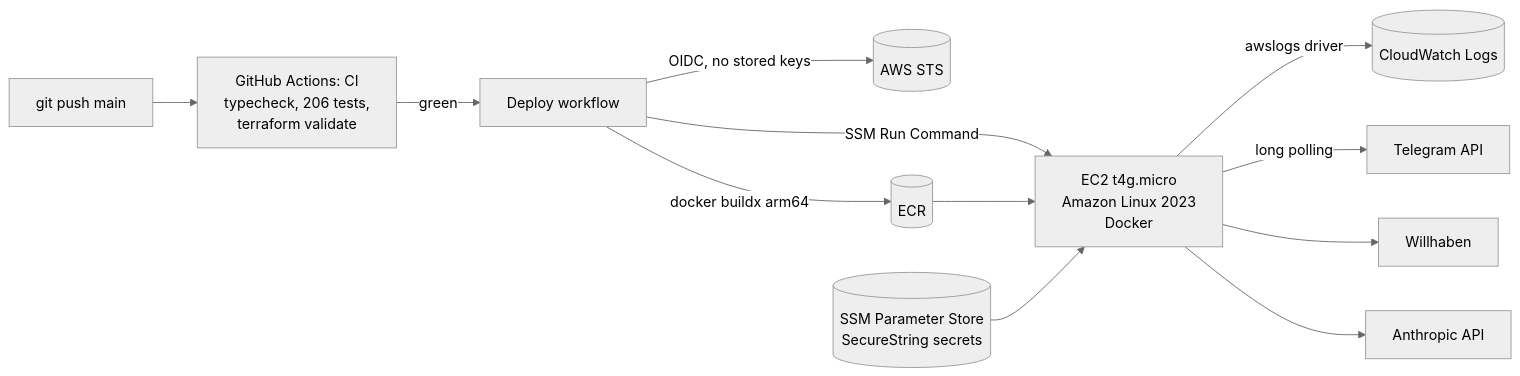
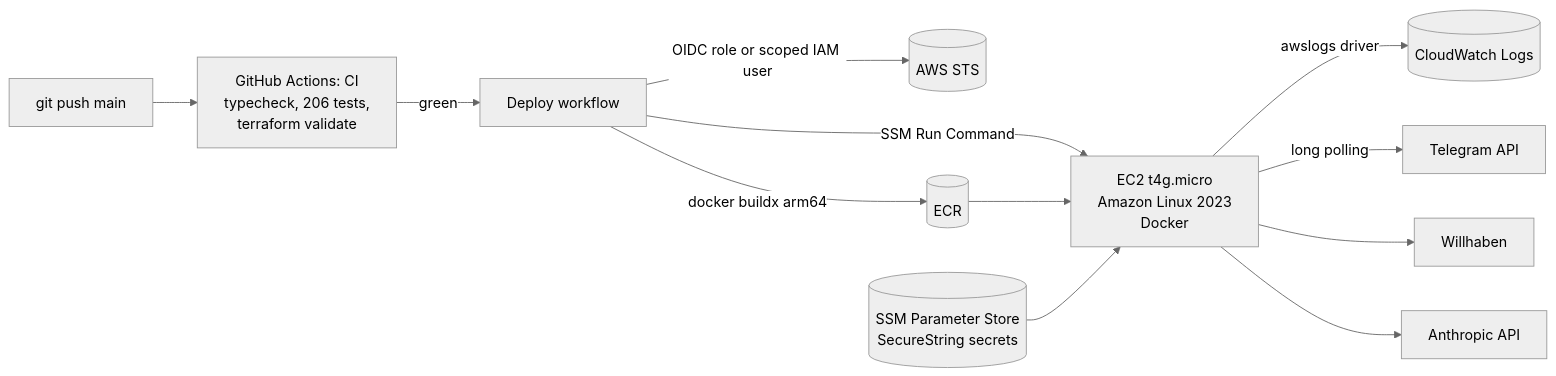
The diagram in docs/aws.md (IvanSytnik/dealradar), drawn with Mermaid (neutral theme) before and after one commit. The commit also changed other lines of this file and 1 other file, not shown here.

Commit message:
docs: document SCP constraints and the IAM user deploy mode

````diff
--- a/docs/aws.md
+++ b/docs/aws.md
@@ -6,14 +6,14 @@
 ```mermaid
 flowchart LR
   dev[git push main] --> ci[GitHub Actions: CI<br/>typecheck, 206 tests,<br/>terraform validate]
   ci -->|green| cd[Deploy workflow]
-  cd -->|OIDC, no stored keys| sts[(AWS STS)]
+  cd -->|OIDC role or scoped IAM user| sts[(AWS STS)]
   cd -->|docker buildx arm64| ecr[(ECR)]
   cd -->|SSM Run Command| ec2[EC2 t4g.micro<br/>Amazon Linux 2023<br/>Docker]
   ecr --> ec2
   ssm[(SSM Parameter Store<br/>SecureString secrets)] --> ec2
   ec2 -->|awslogs driver| cw[(CloudWatch Logs)]
   ec2 -->|long polling| tg[Telegram API]
   ec2 --> wh[Willhaben]
   ec2 --> ai[Anthropic API]
 ```
````
